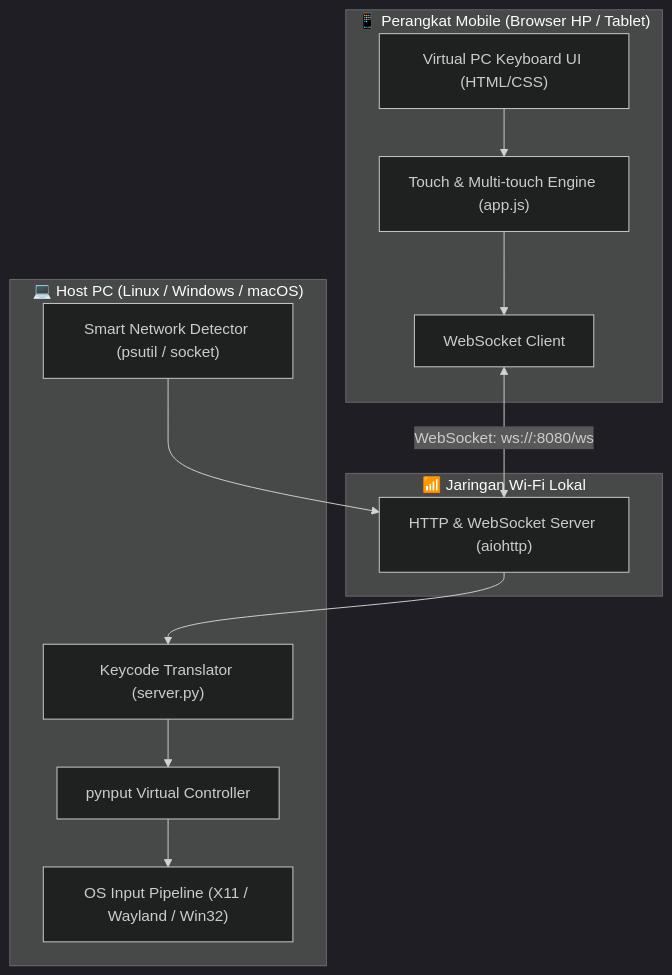
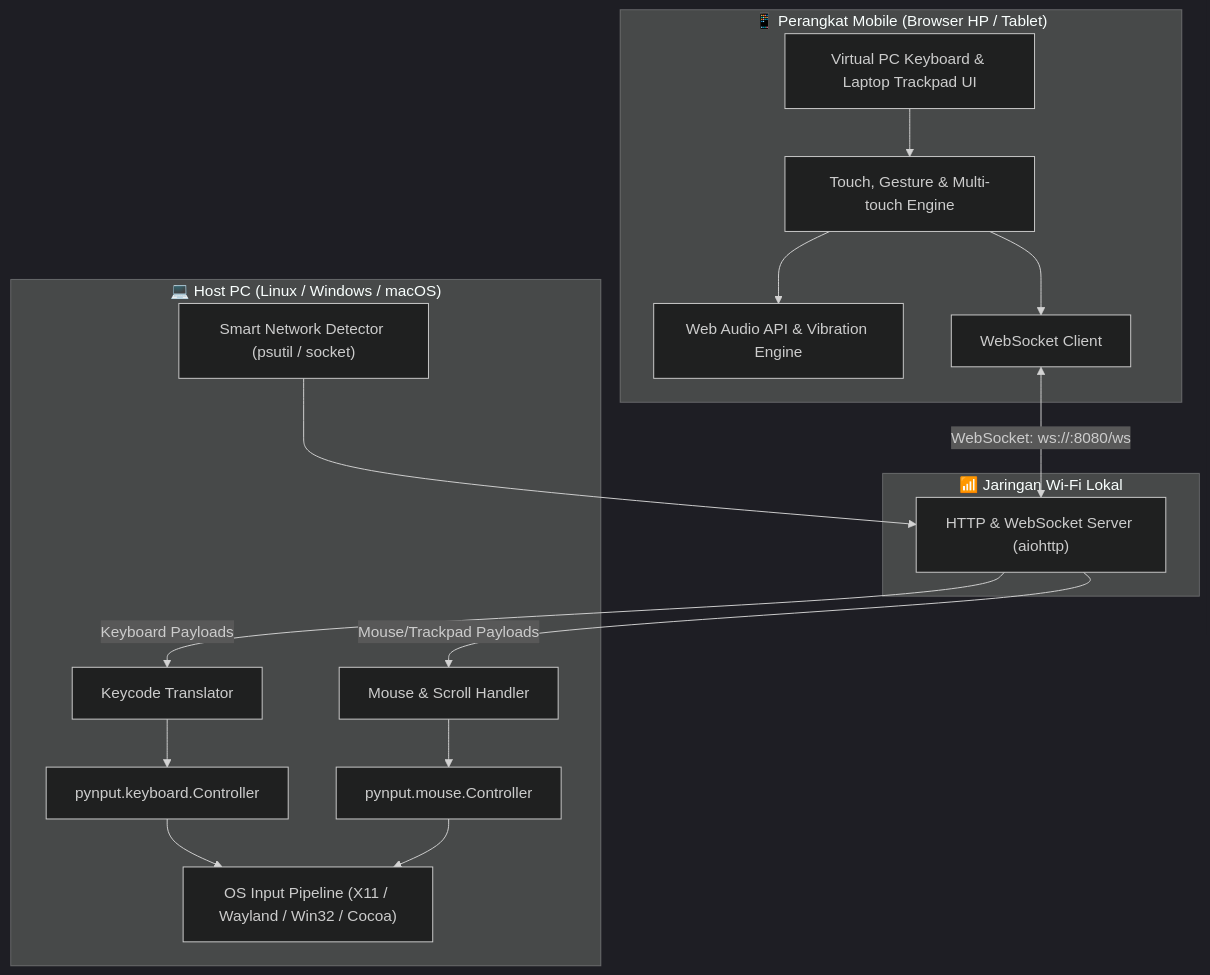
One commit to ninozoelfikar/DigiSmartDeck changed the diagram in docs/ARCHITECTURE.md. Above: the diagram before and after it, drawn with Mermaid (dark theme). The commit also changed other lines of this file and 2 other files, not shown here.

Commit message:
docs: perbarui README, ARCHITECTURE, dan ROADMAP untuk fitur v1.9.0

````diff
--- a/docs/ARCHITECTURE.md
+++ b/docs/ARCHITECTURE.md
@@ -13,26 +13,31 @@
 ```mermaid
 flowchart TD
     subgraph MobileDevice["📱 Perangkat Mobile (Browser HP / Tablet)"]
-        UI["Virtual PC Keyboard UI (HTML/CSS)"]
-        TouchLogic["Touch & Multi-touch Engine (app.js)"]
+        UI["Virtual PC Keyboard & Laptop Trackpad UI"]
+        TouchLogic["Touch, Gesture & Multi-touch Engine"]
+        AudioHaptic["Web Audio API & Vibration Engine"]
         WSClient["WebSocket Client"]
-        UI --> TouchLogic --> WSClient
+        
+        UI --> TouchLogic
+        TouchLogic --> AudioHaptic
+        TouchLogic --> WSClient
     end
 
     subgraph LocalNetwork["📶 Jaringan Wi-Fi Lokal"]
         WSClient <-->|WebSocket: ws://<PC_IP>:8080/ws| WSServer
     end
 
     subgraph HostPC["💻 Host PC (Linux / Windows / macOS)"]
         WSServer["HTTP & WebSocket Server (aiohttp)"]
         IPEngine["Smart Network Detector (psutil / socket)"]
-        KeyTranslator["Keycode Translator (server.py)"]
-        Pynput["pynput Virtual Controller"]
-        OSInput["OS Input Pipeline (X11 / Wayland / Win32)"]
+        KeyTranslator["Keycode Translator"]
+        MouseHandler["Mouse & Scroll Handler"]
+        PynputKB["pynput.keyboard.Controller"]
+        PynputMouse["pynput.mouse.Controller"]
+        OSInput["OS Input Pipeline (X11 / Wayland / Win32 / Cocoa)"]
 
         IPEngine --> WSServer
-        WSServer --> KeyTranslator
-        KeyTranslator --> Pynput
-        Pynput --> OSInput
+        WSServer -->|Keyboard Payloads| KeyTranslator --> PynputKB --> OSInput
+        WSServer -->|Mouse/Trackpad Payloads| MouseHandler --> PynputMouse --> OSInput
     end
 ```
````
